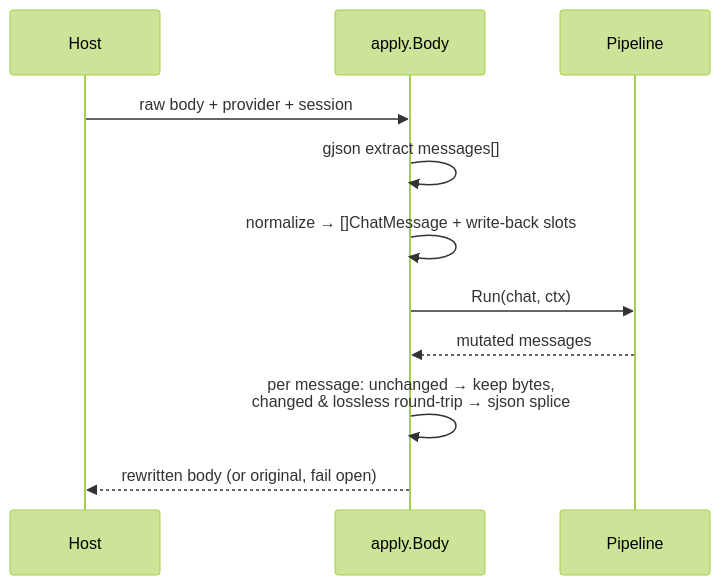
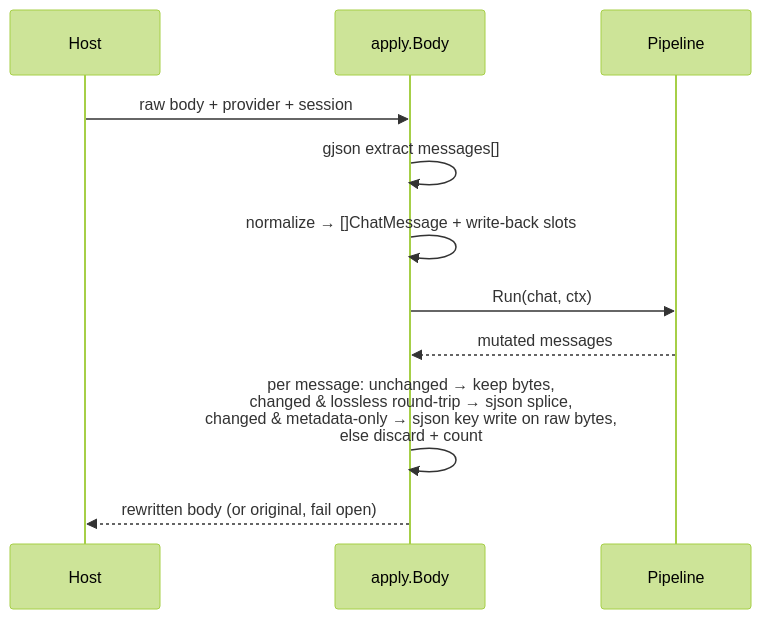
Before and after one commit to itay-nakash/context-guru: the third of 5 diagrams in docs/design.md, drawn with Mermaid (forest theme). The commit also changed other lines of this file and 11 other files, not shown here.

First line of the commit message:
fix(cache): write cacheinject's breakpoints to the wire as metadata

````diff
--- a/docs/design.md
+++ b/docs/design.md
@@ -104,13 +104,13 @@
 ```mermaid
 sequenceDiagram
   participant Host
   participant apply as apply.Body
   participant Pipe as Pipeline
   Host->>apply: raw body + provider + session
   apply->>apply: gjson extract messages[]
   apply->>apply: normalize → []ChatMessage + write-back slots
   apply->>Pipe: Run(chat, ctx)
   Pipe-->>apply: mutated messages
-  apply->>apply: per message: unchanged → keep bytes,<br/>changed & lossless round-trip → sjson splice
+  apply->>apply: per message: unchanged → keep bytes,<br/>changed & lossless round-trip → sjson splice,<br/>changed & metadata-only → sjson key write on raw bytes,<br/>else discard + count
   apply-->>Host: rewritten body (or original, fail open)
 ```
````
